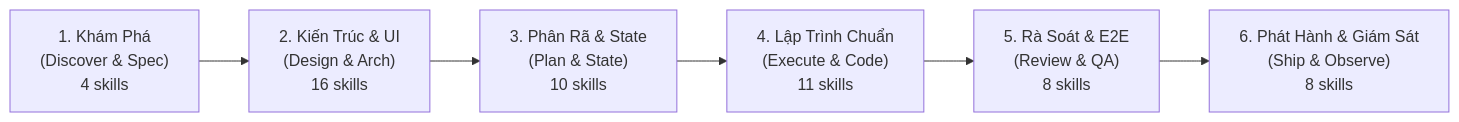
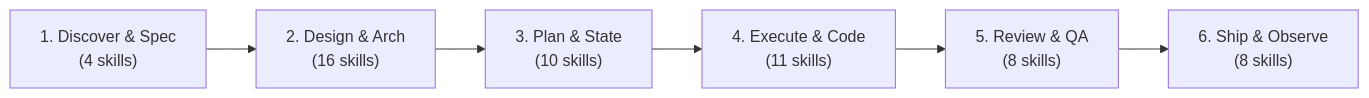
One commit to Snowbal-Dev/agent-workflow changed the first of 2 diagrams in README.md. Above: the diagram before and after it, drawn with Mermaid. The commit also changed other lines of this file, not shown here.

````diff
--- a/README.md
+++ b/README.md
@@ -74,8 +75,8 @@
 ```mermaid
 flowchart LR
-    P1["1. Khám Phá\n(Discover & Spec)\n4 skills"] --> P2["2. Kiến Trúc & UI\n(Design & Arch)\n16 skills"]
-    P2 --> P3["3. Phân Rã & State\n(Plan & State)\n10 skills"]
-    P3 --> P4["4. Lập Trình Chuẩn\n(Execute & Code)\n11 skills"]
-    P4 --> P5["5. Rà Soát & E2E\n(Review & QA)\n8 skills"]
-    P5 --> P6["6. Phát Hành & Giám Sát\n(Ship & Observe)\n8 skills"]
+    P1["1. Discover & Spec\n(4 skills)"] --> P2["2. Design & Arch\n(16 skills)"]
+    P2 --> P3["3. Plan & State\n(10 skills)"]
+    P3 --> P4["4. Execute & Code\n(11 skills)"]
+    P4 --> P5["5. Review & QA\n(8 skills)"]
+    P5 --> P6["6. Ship & Observe\n(8 skills)"]
 ```
````
